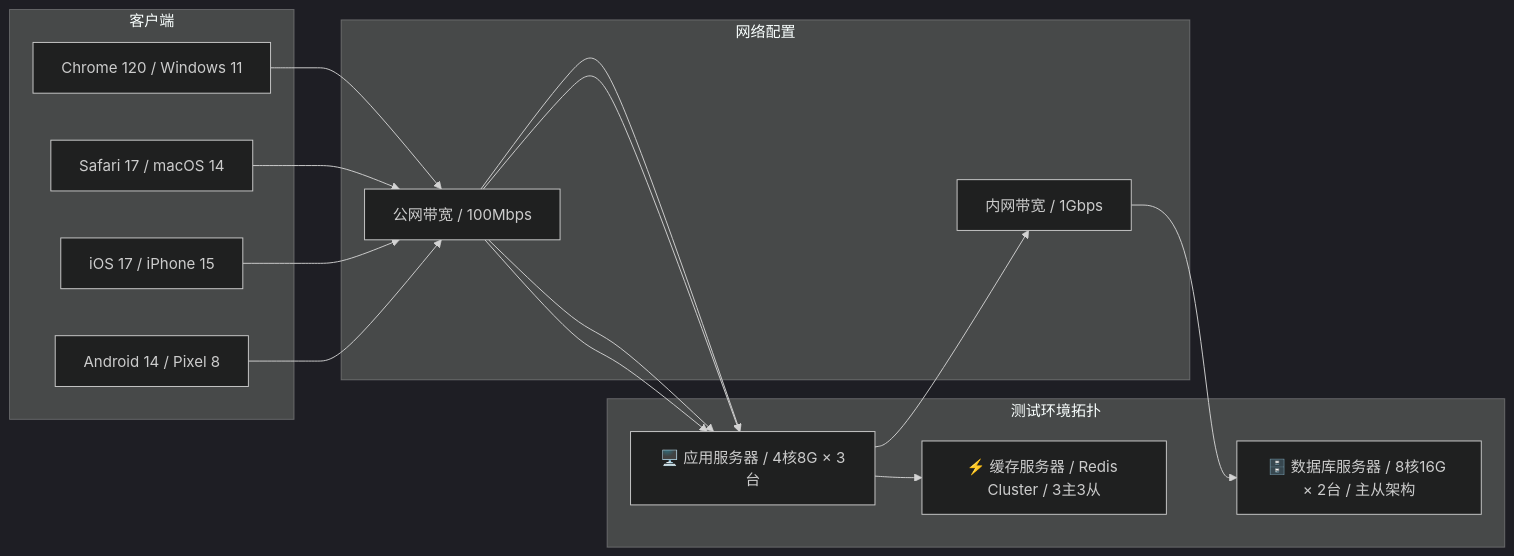
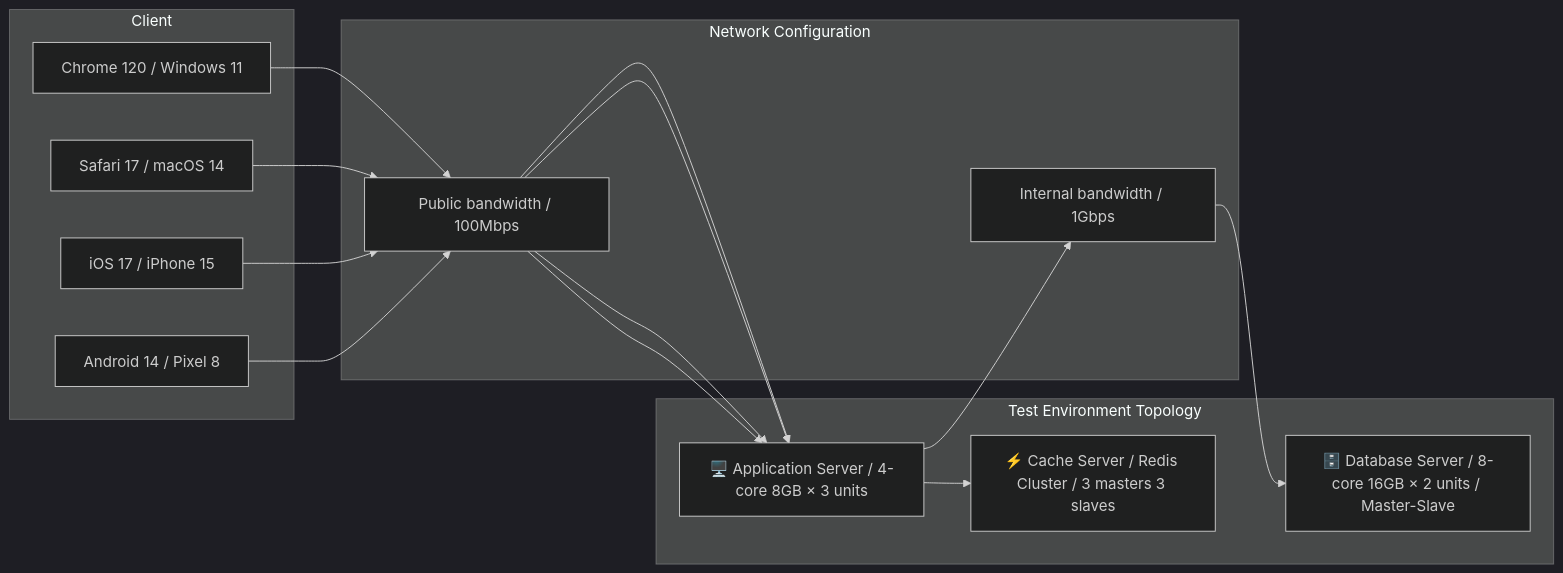
The second of 4 diagrams in templates/产品/交付层/【模板】测试报告.md (Kirky-X/cangjie), drawn with Mermaid (dark theme) before and after one commit. The commit also changed other lines of this file and 60 other files, not shown here.

````diff
--- a/templates/产品/交付层/【模板】测试报告.md
+++ b/templates/产品/交付层/【模板】测试报告.md
@@ -116,27 +116,27 @@
 ```mermaid
 flowchart LR
-    subgraph 测试环境拓扑
-        A1[🖥️ 应用服务器 / 4核8G × 3台]
-        A2[🗄️ 数据库服务器 / 8核16G × 2台 / 主从架构]
-        A3[⚡ 缓存服务器 / Redis Cluster / 3主3从]
+    subgraph Test Environment Topology
+        A1[🖥️ Application Server / 4-core 8GB × 3 units]
+        A2[🗄️ Database Server / 8-core 16GB × 2 units / Master-Slave]
+        A3[⚡ Cache Server / Redis Cluster / 3 masters 3 slaves]
     end
 
-    subgraph 网络配置
-        N1[内网带宽 / 1Gbps]
-        N2[公网带宽 / 100Mbps]
+    subgraph Network Configuration
+        N1[Internal bandwidth / 1Gbps]
+        N2[Public bandwidth / 100Mbps]
     end
 
-    subgraph 客户端
+    subgraph Client
         C1[Chrome 120 / Windows 11]
         C2[Safari 17 / macOS 14]
         C3[iOS 17 / iPhone 15]
         C4[Android 14 / Pixel 8]
     end
 
     C1 --> N2 --> A1
     C2 --> N2 --> A1
     C3 --> N2 --> A1
     C4 --> N2 --> A1
     A1 --> N1 --> A2
     A1 --> A3
 ```
````
